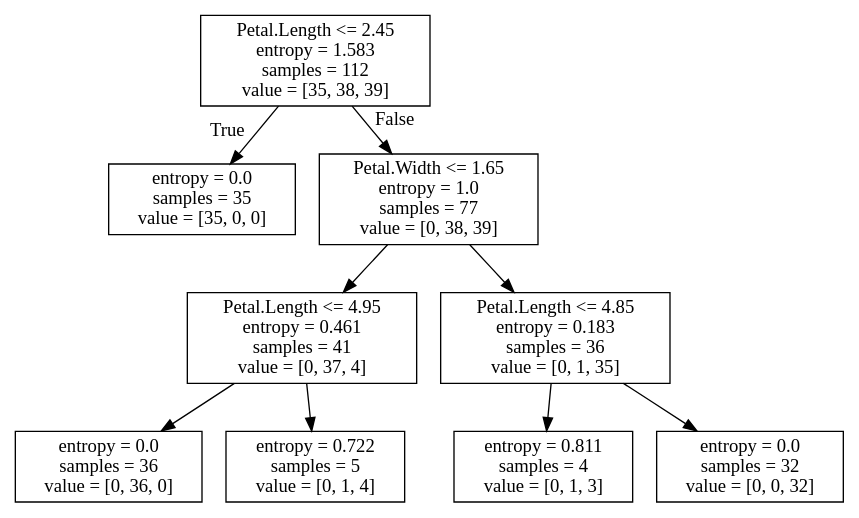
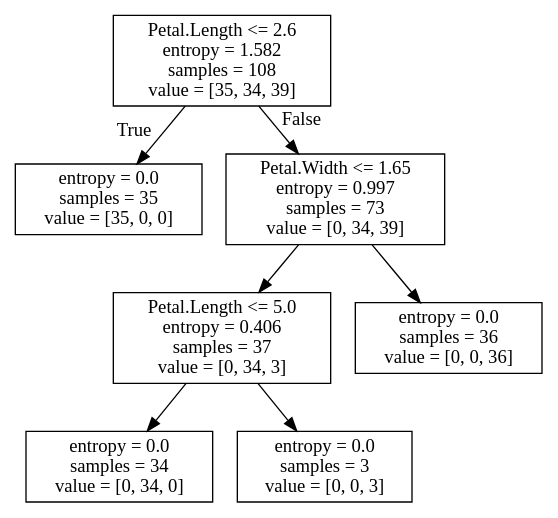
The diagram in notebooks/resources/iris_dtree.dot (Karenahv/python-ml-curso), drawn with Graphviz before and after one commit. The commit also changed 4 other files, not shown here.

```diff
--- a/notebooks/resources/iris_dtree.dot
+++ b/notebooks/resources/iris_dtree.dot
@@ -1,20 +1,16 @@
 digraph Tree {
 node [shape=box] ;
-0 [label="Petal.Length <= 2.45\nentropy = 1.583\nsamples = 112\nvalue = [35, 38, 39]"] ;
+0 [label="Petal.Length <= 2.6\nentropy = 1.582\nsamples = 108\nvalue = [35, 34, 39]"] ;
 1 [label="entropy = 0.0\nsamples = 35\nvalue = [35, 0, 0]"] ;
 0 -> 1 [labeldistance=2.5, labelangle=45, headlabel="True"] ;
-2 [label="Petal.Width <= 1.65\nentropy = 1.0\nsamples = 77\nvalue = [0, 38, 39]"] ;
+2 [label="Petal.Width <= 1.65\nentropy = 0.997\nsamples = 73\nvalue = [0, 34, 39]"] ;
 0 -> 2 [labeldistance=2.5, labelangle=-45, headlabel="False"] ;
-3 [label="Petal.Length <= 4.95\nentropy = 0.461\nsamples = 41\nvalue = [0, 37, 4]"] ;
+3 [label="Petal.Length <= 5.0\nentropy = 0.406\nsamples = 37\nvalue = [0, 34, 3]"] ;
 2 -> 3 ;
-4 [label="entropy = 0.0\nsamples = 36\nvalue = [0, 36, 0]"] ;
+4 [label="entropy = 0.0\nsamples = 34\nvalue = [0, 34, 0]"] ;
 3 -> 4 ;
-5 [label="entropy = 0.722\nsamples = 5\nvalue = [0, 1, 4]"] ;
+5 [label="entropy = 0.0\nsamples = 3\nvalue = [0, 0, 3]"] ;
 3 -> 5 ;
-6 [label="Petal.Length <= 4.85\nentropy = 0.183\nsamples = 36\nvalue = [0, 1, 35]"] ;
+6 [label="entropy = 0.0\nsamples = 36\nvalue = [0, 0, 36]"] ;
 2 -> 6 ;
-7 [label="entropy = 0.811\nsamples = 4\nvalue = [0, 1, 3]"] ;
-6 -> 7 ;
-8 [label="entropy = 0.0\nsamples = 32\nvalue = [0, 0, 32]"] ;
-6 -> 8 ;
 }
```
